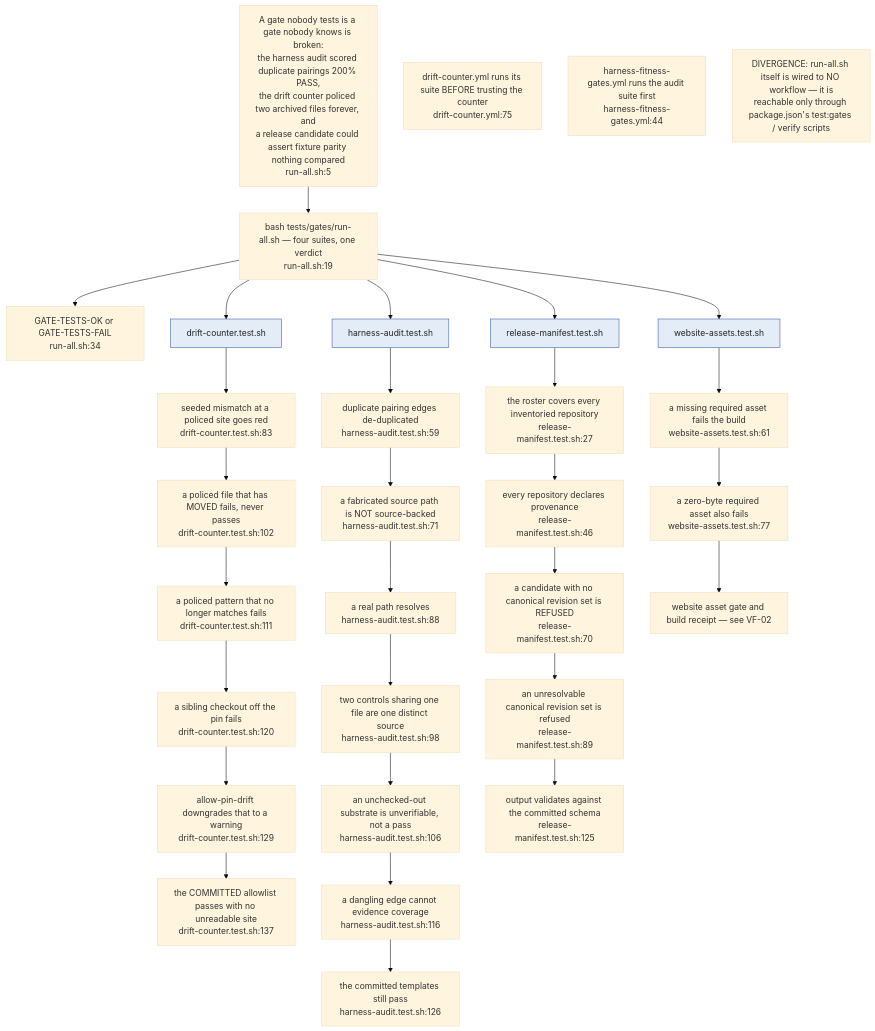
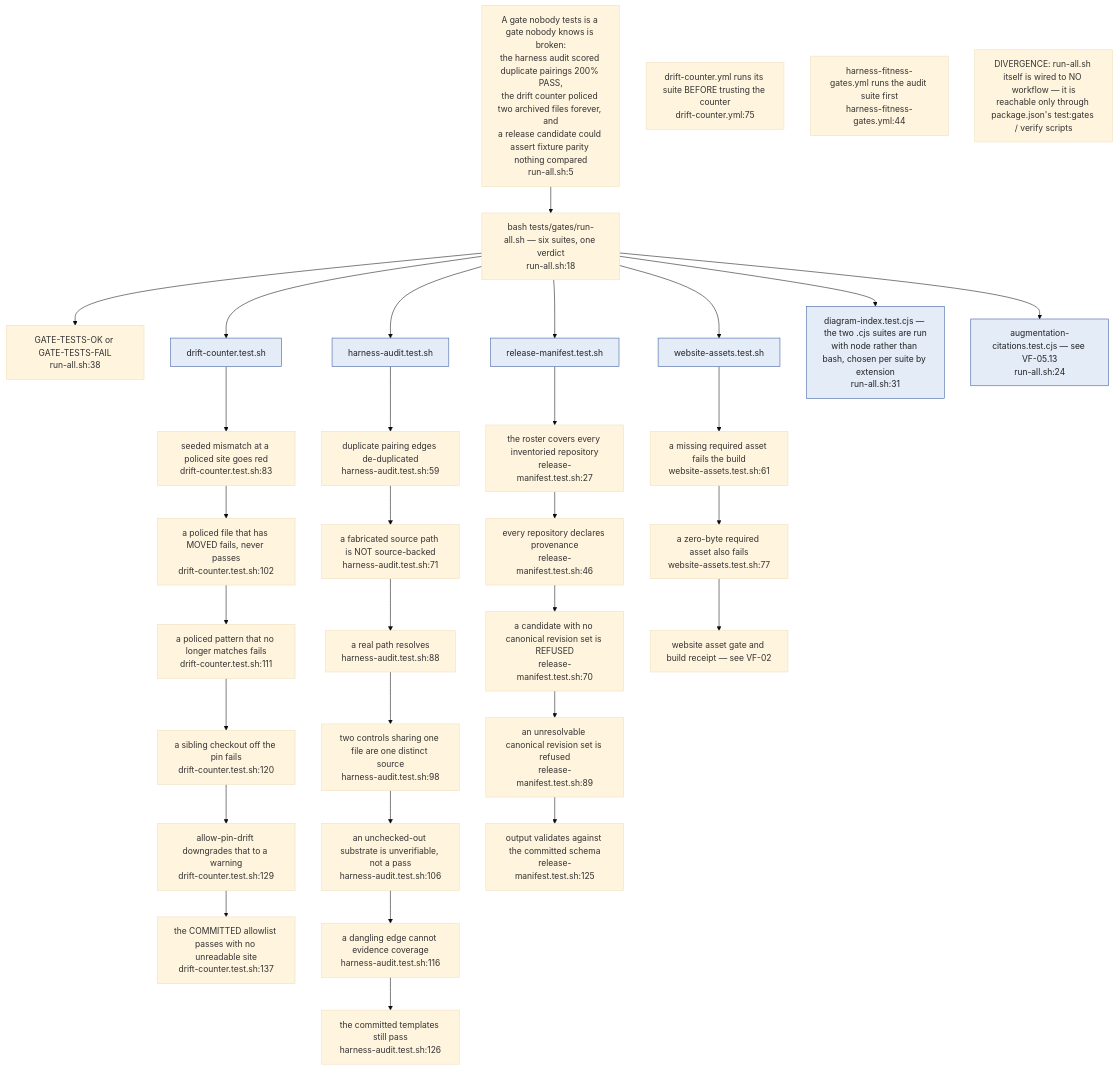
Before and after one commit to DreamLab-AI/VisionFlow: diagram 11 of 13 in docs/diagrams/visionflow/05-governance-gates.md, drawn with Mermaid (base theme). The commit also changed other lines of this file and 7 other files, not shown here.

````diff
--- a/docs/diagrams/visionflow/05-governance-gates.md
+++ b/docs/diagrams/visionflow/05-governance-gates.md
@@ -425,43 +430,45 @@
 ```mermaid
 flowchart TB
     classDef suite fill:#e4ecf8,stroke:#33559a,color:#222
 
     WHY["A gate nobody tests is a gate nobody knows is broken:<br/>the harness audit scored duplicate pairings 200% PASS,<br/>the drift counter policed two archived files forever, and<br/>a release candidate could assert fixture parity nothing compared<br/>run-all.sh:5"]
 
-    WHY --> RUN["bash tests/gates/run-all.sh — four suites, one verdict<br/>run-all.sh:19"]
-    RUN --> PRINT["GATE-TESTS-OK or GATE-TESTS-FAIL<br/>run-all.sh:34"]
+    WHY --> RUN["bash tests/gates/run-all.sh — six suites, one verdict<br/>run-all.sh:18"]
+    RUN --> PRINT["GATE-TESTS-OK or GATE-TESTS-FAIL<br/>run-all.sh:38"]
 
     RUN --> S1["drift-counter.test.sh"]:::suite
     RUN --> S2["harness-audit.test.sh"]:::suite
     RUN --> S3["release-manifest.test.sh"]:::suite
     RUN --> S4["website-assets.test.sh"]:::suite
+    RUN --> S5["diagram-index.test.cjs — the two .cjs suites are run<br/>with node rather than bash, chosen per suite by extension<br/>run-all.sh:31"]:::suite
+    RUN --> S6["augmentation-citations.test.cjs — see VF-05.13<br/>run-all.sh:24"]:::suite
 
     S1 --> D1["seeded mismatch at a policed site goes red<br/>drift-counter.test.sh:83"]
     D1 --> D2["a policed file that has MOVED fails, never passes<br/>drift-counter.test.sh:102"]
     D2 --> D3["a policed pattern that no longer matches fails<br/>drift-counter.test.sh:111"]
     D3 --> D4["a sibling checkout off the pin fails<br/>drift-counter.test.sh:120"]
     D4 --> D5["allow-pin-drift downgrades that to a warning<br/>drift-counter.test.sh:129"]
     D5 --> D6["the COMMITTED allowlist passes with no unreadable site<br/>drift-counter.test.sh:137"]
 
     S2 --> H1["duplicate pairing edges de-duplicated<br/>harness-audit.test.sh:59"]
     H1 --> H2["a fabricated source path is NOT source-backed<br/>harness-audit.test.sh:71"]
     H2 --> H3["a real path resolves<br/>harness-audit.test.sh:88"]
     H3 --> H4["two controls sharing one file are one distinct source<br/>harness-audit.test.sh:98"]
     H4 --> H5["an unchecked-out substrate is unverifiable, not a pass<br/>harness-audit.test.sh:106"]
     H5 --> H6["a dangling edge cannot evidence coverage<br/>harness-audit.test.sh:116"]
     H6 --> H7["the committed templates still pass<br/>harness-audit.test.sh:126"]
 
     S3 --> R1["the roster covers every inventoried repository<br/>release-manifest.test.sh:27"]
     R1 --> R2["every repository declares provenance<br/>release-manifest.test.sh:46"]
     R2 --> R3["a candidate with no canonical revision set is REFUSED<br/>release-manifest.test.sh:70"]
     R3 --> R4["an unresolvable canonical revision set is refused<br/>release-manifest.test.sh:89"]
     R4 --> R5["output validates against the committed schema<br/>release-manifest.test.sh:125"]
 
     S4 --> W1["a missing required asset fails the build<br/>website-assets.test.sh:61"]
     W1 --> W2["a zero-byte required asset also fails<br/>website-assets.test.sh:77"]
     W2 --> WX["website asset gate and build receipt — see VF-02"]
 
     CI1["drift-counter.yml runs its suite BEFORE trusting the counter<br/>drift-counter.yml:75"]
     CI2["harness-fitness-gates.yml runs the audit suite first<br/>harness-fitness-gates.yml:44"]
     CI3["DIVERGENCE: run-all.sh itself is wired to NO workflow — it is<br/>reachable only through package.json's test:gates / verify scripts"]
 ```
````
